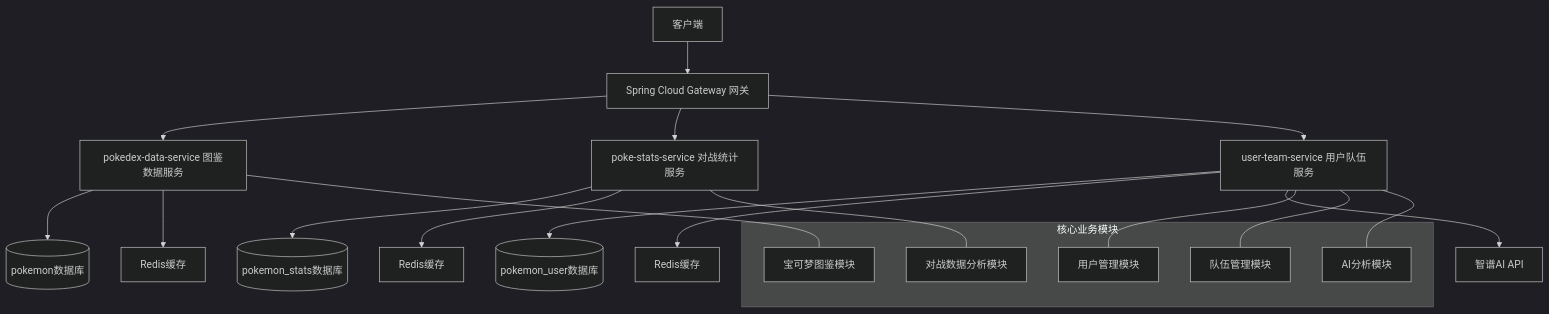
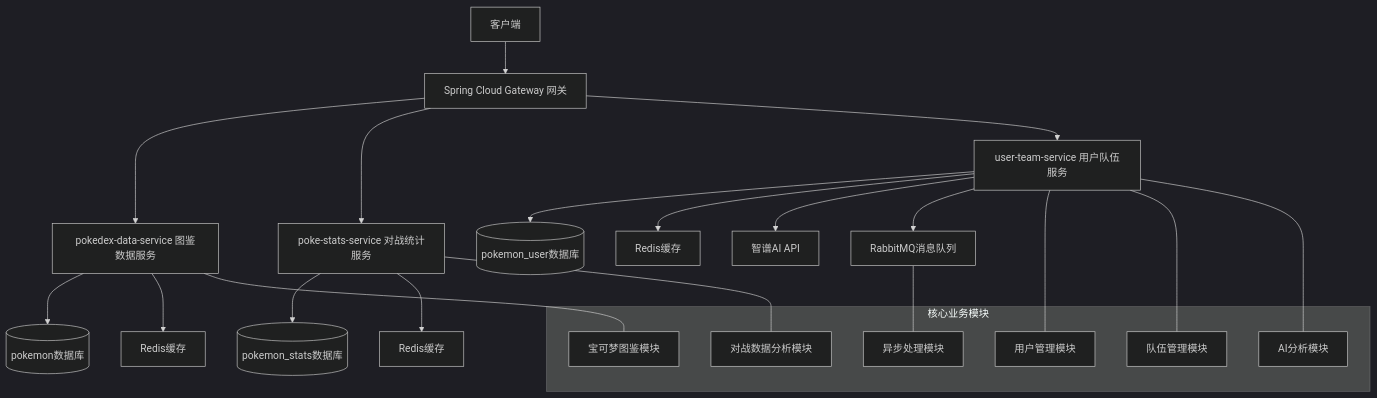
One commit to ikun0731/pokeanalytics-backend changed the diagram in README.md. Above: the diagram before and after it, drawn with Mermaid (dark theme). The commit also changed other lines of this file, not shown here.

````diff
--- a/README.md
+++ b/README.md
@@ -54,32 +65,35 @@
 ```mermaid
 graph TD
     A[客户端] --> B[Spring Cloud Gateway 网关]
     
     B --> C[pokedex-data-service 图鉴数据服务]
     B --> D[poke-stats-service 对战统计服务]
     B --> E[user-team-service 用户队伍服务]
     
     C --> F[(pokemon数据库)]
     D --> G[(pokemon_stats数据库)]
     E --> H[(pokemon_user数据库)]
     
     C --> I[Redis缓存]
     D --> J[Redis缓存]
     E --> K[Redis缓存]
     
     E --> L[智谱AI API]
+    E --> M[RabbitMQ消息队列]
     
     subgraph 核心业务模块
-    M[宝可梦图鉴模块]
-    N[对战数据分析模块]
-    O[用户管理模块]
-    P[队伍管理模块]
-    Q[AI分析模块]
+    N[宝可梦图鉴模块]
+    O[对战数据分析模块]
+    P[用户管理模块]
+    Q[队伍管理模块]
+    R[AI分析模块]
+    S[异步处理模块]
     end
 
-    C --- M
-    D --- N
-    E --- O
+    C --- N
+    D --- O
     E --- P
     E --- Q
+    E --- R
+    M --- S
 ```
````
